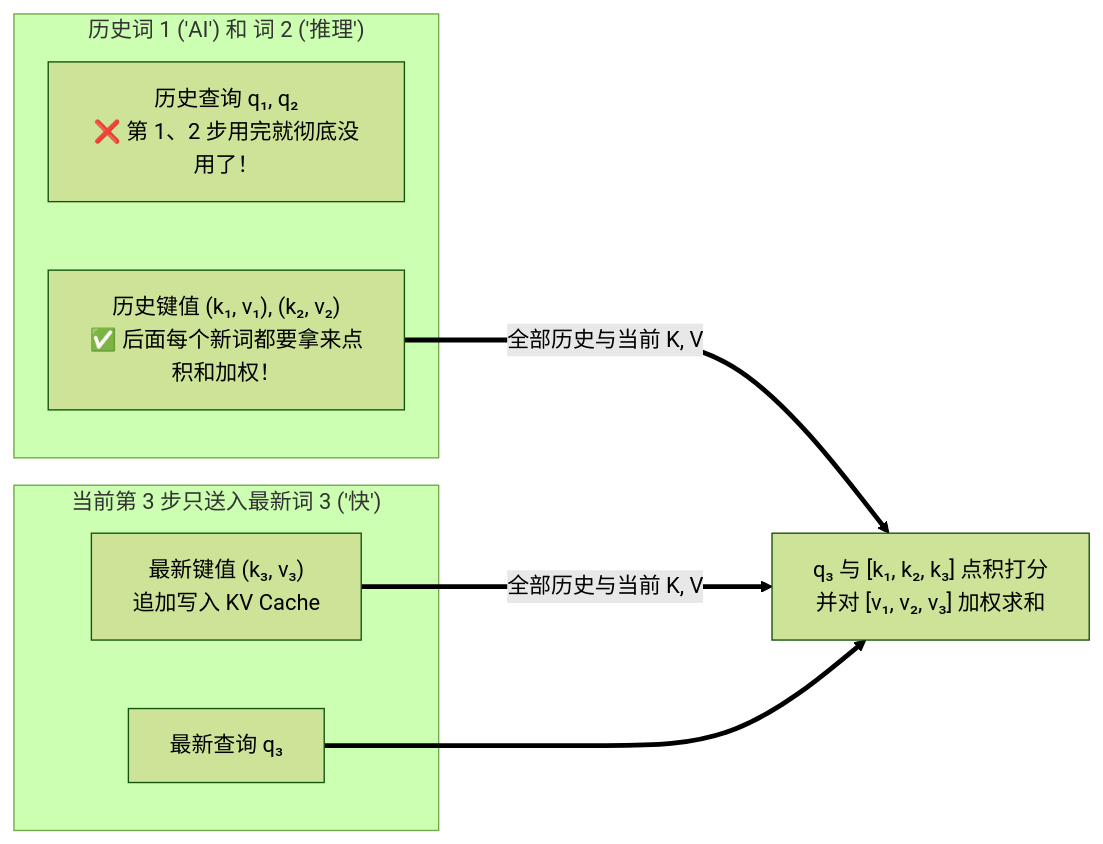
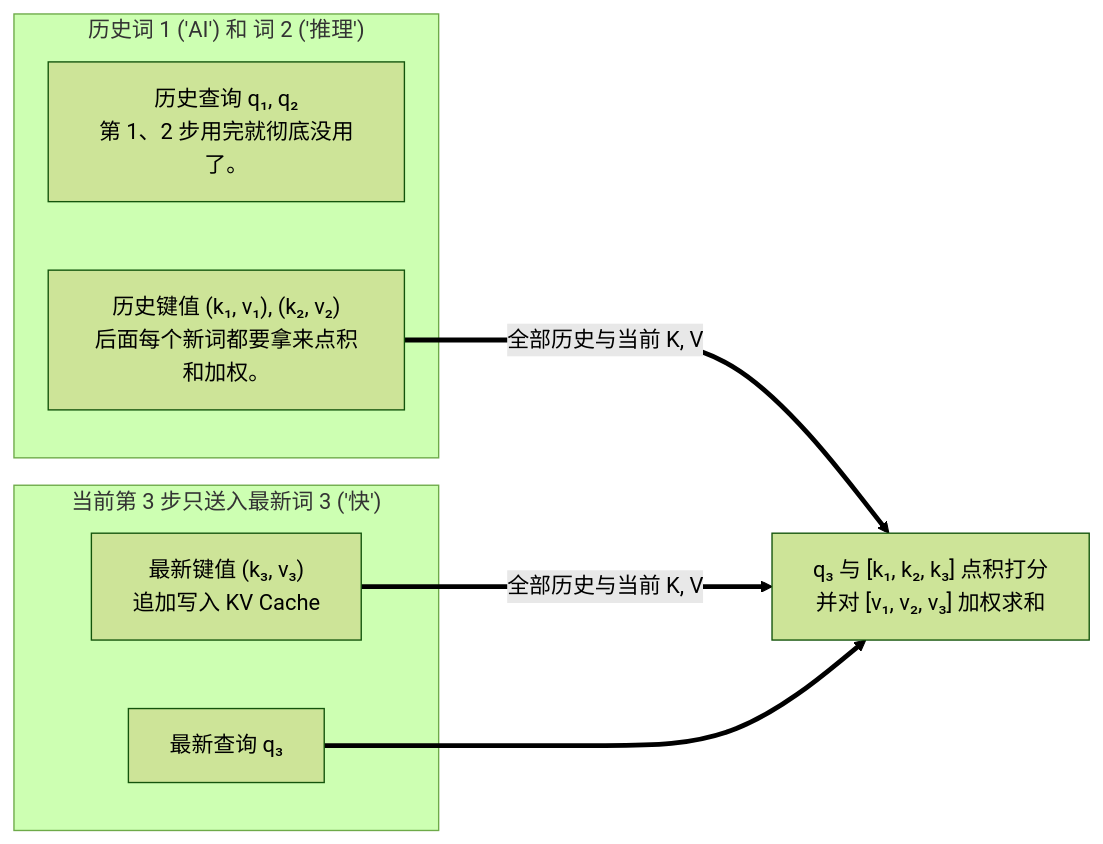
Before and after one commit to zrpxx/hands-on-llm-serving-opt: the first of 2 diagrams in stage1/03-kv-cache-prefill-decode.md, drawn with Mermaid (forest theme). The commit also changed other lines of this file and 71 other files, not shown here.

````diff
--- a/stage1/03-kv-cache-prefill-decode.md
+++ b/stage1/03-kv-cache-prefill-decode.md
@@ -39,13 +39,13 @@
 ```mermaid
 flowchart LR
   subgraph Hist["历史词 1 ('AI') 和 词 2 ('推理')"]
-    Q12["历史查询 q₁, q₂<br/>❌ 第 1、2 步用完就彻底没用了！"]
-    KV12["历史键值 (k₁, v₁), (k₂, v₂)<br/>✅ 后面每个新词都要拿来点积和加权！"]
+    Q12["历史查询 q₁, q₂<br/>第 1、2 步用完就彻底没用了。"]
+    KV12["历史键值 (k₁, v₁), (k₂, v₂)<br/>后面每个新词都要拿来点积和加权。"]
   end
   subgraph Cur["当前第 3 步只送入最新词 3 ('快')"]
     Q3["最新查询 q₃"]
     KV3["最新键值 (k₃, v₃)<br/>追加写入 KV Cache"]
   end
   KV12 & KV3 ===>|"全部历史与当前 K, V"| ATT["q₃ 与 [k₁, k₂, k₃] 点积打分<br/>并对 [v₁, v₂, v₃] 加权求和"]
   Q3 ===> ATT
 ```
````
